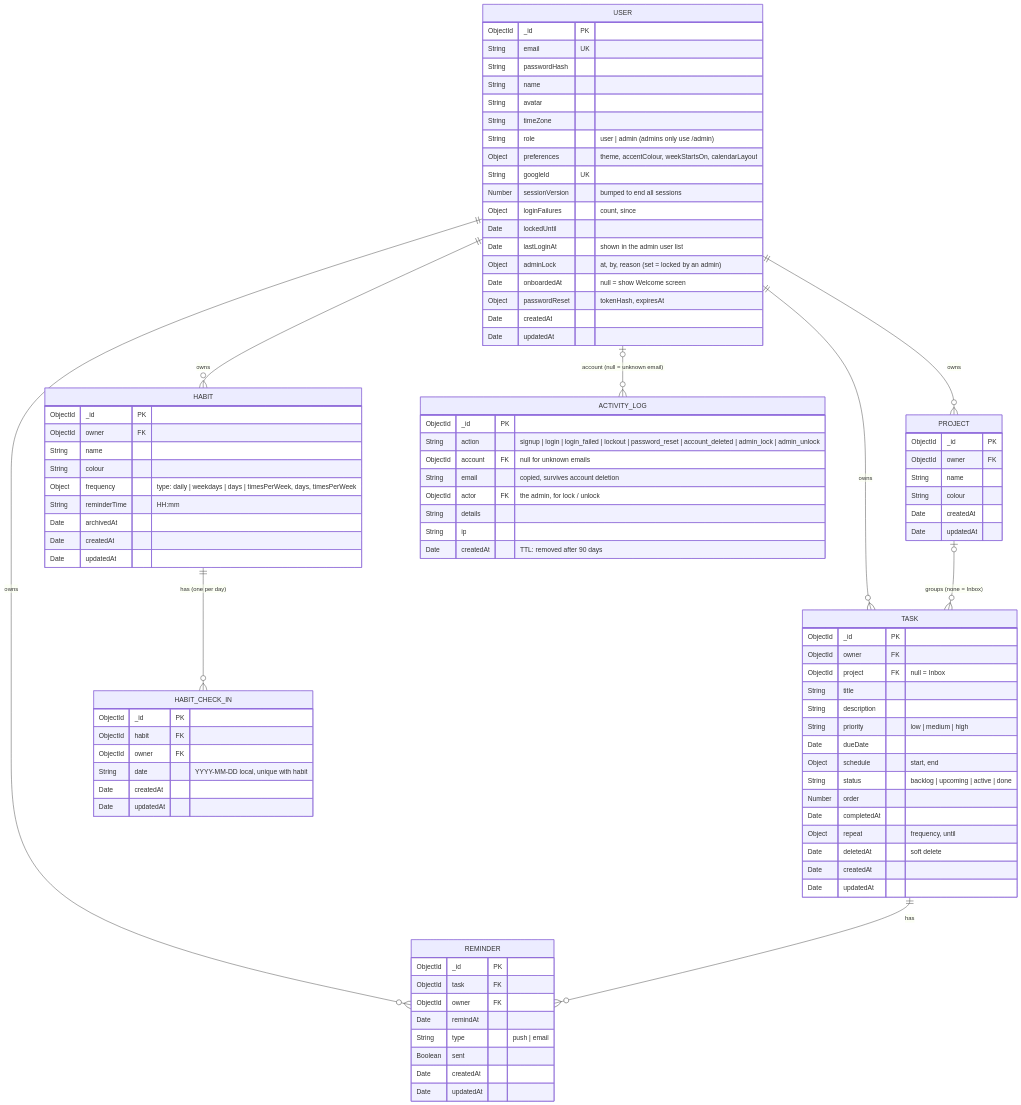
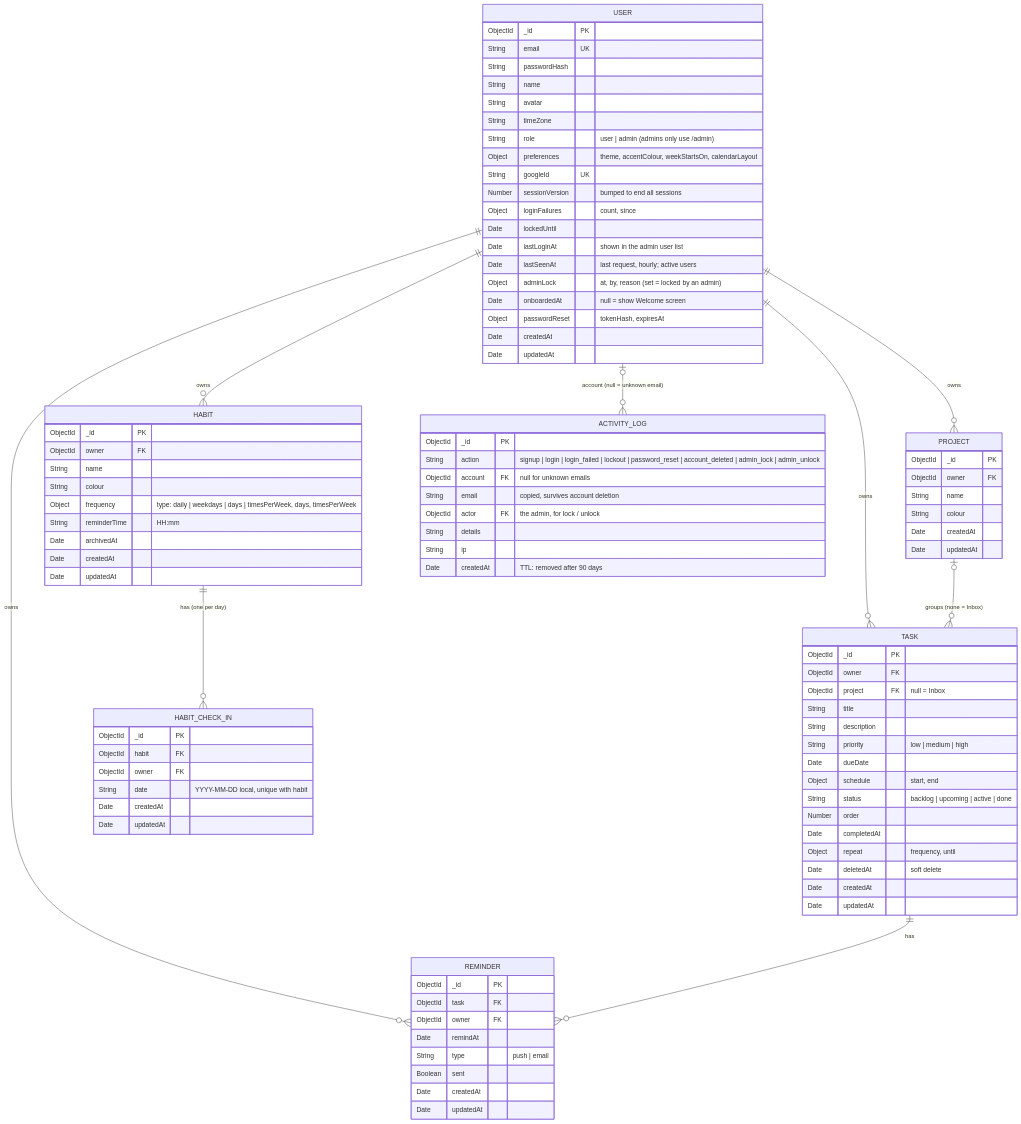
Before and after one commit to khang-ngo4444/VCD_Agendal: the diagram in docs/erd.mmd, drawn with Mermaid. The commit also changed 12 other files, not shown here.

```diff
--- a/docs/erd.mmd
+++ b/docs/erd.mmd
@@ -1,96 +1,97 @@
 %% Source for docs/erd.png. Re-render after editing:
 %% npx -y @mermaid-js/mermaid-cli -i docs/erd.mmd -o docs/erd.png -b white -s 2
 erDiagram
     USER ||--o{ PROJECT : owns
     USER ||--o{ TASK : owns
     USER ||--o{ REMINDER : owns
     PROJECT |o--o{ TASK : "groups (none = Inbox)"
     TASK ||--o{ REMINDER : has
     USER ||--o{ HABIT : owns
     HABIT ||--o{ HABIT_CHECK_IN : "has (one per day)"
     USER |o--o{ ACTIVITY_LOG : "account (null = unknown email)"
 
     USER {
         ObjectId _id PK
         String email UK
         String passwordHash
         String name
         String avatar
         String timeZone
         String role "user | admin (admins only use /admin)"
         Object preferences "theme, accentColour, weekStartsOn, calendarLayout"
         String googleId UK
         Number sessionVersion "bumped to end all sessions"
         Object loginFailures "count, since"
         Date lockedUntil
         Date lastLoginAt "shown in the admin user list"
+        Date lastSeenAt "last request, hourly; active users"
         Object adminLock "at, by, reason (set = locked by an admin)"
         Date onboardedAt "null = show Welcome screen"
         Object passwordReset "tokenHash, expiresAt"
         Date createdAt
         Date updatedAt
     }
     PROJECT {
         ObjectId _id PK
         ObjectId owner FK
         String name
         String colour
         Date createdAt
         Date updatedAt
     }
     TASK {
         ObjectId _id PK
         ObjectId owner FK
         ObjectId project FK "null = Inbox"
         String title
         String description
         String priority "low | medium | high"
         Date dueDate
         Object schedule "start, end"
         String status "backlog | upcoming | active | done"
         Number order
         Date completedAt
         Object repeat "frequency, until"
         Date deletedAt "soft delete"
         Date createdAt
         Date updatedAt
     }
     REMINDER {
         ObjectId _id PK
         ObjectId task FK
         ObjectId owner FK
         Date remindAt
         String type "push | email"
         Boolean sent
         Date createdAt
         Date updatedAt
     }
     HABIT {
         ObjectId _id PK
         ObjectId owner FK
         String name
         String colour
         Object frequency "type: daily | weekdays | days | timesPerWeek, days, timesPerWeek"
         String reminderTime "HH:mm"
         Date archivedAt
         Date createdAt
         Date updatedAt
     }
     HABIT_CHECK_IN {
         ObjectId _id PK
         ObjectId habit FK
         ObjectId owner FK
         String date "YYYY-MM-DD local, unique with habit"
         Date createdAt
         Date updatedAt
     }
     ACTIVITY_LOG {
         ObjectId _id PK
         String action "signup | login | login_failed | lockout | password_reset | account_deleted | admin_lock | admin_unlock"
         ObjectId account FK "null for unknown emails"
         String email "copied, survives account deletion"
         ObjectId actor FK "the admin, for lock / unlock"
         String details
         String ip
         Date createdAt "TTL: removed after 90 days"
     }
```
